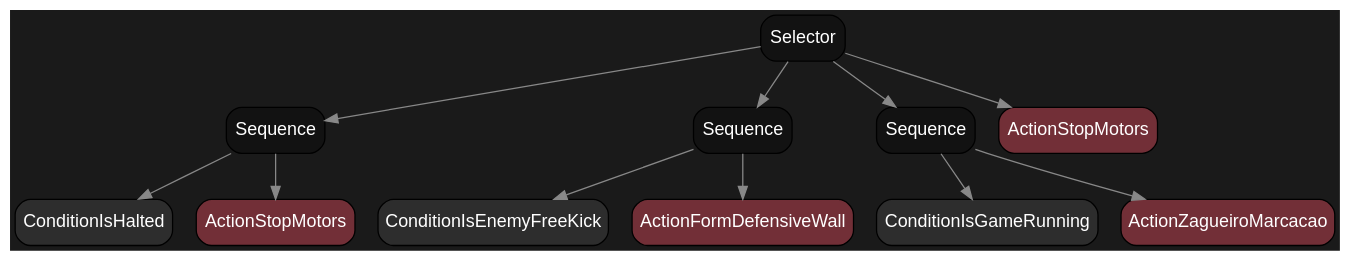
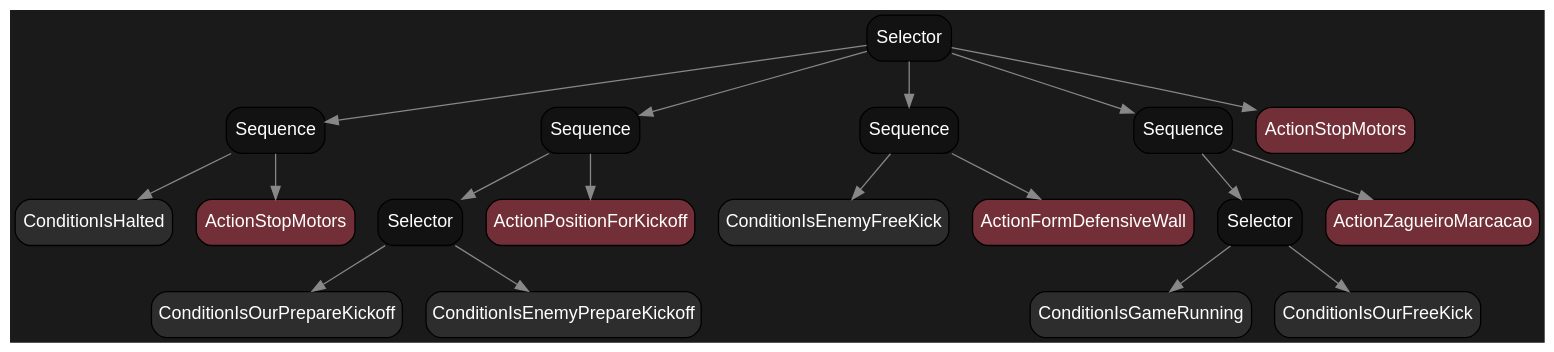
One commit to Danielgmichels/labind-ssl-ai changed the diagram in diagramas/mapa_arvore_zaga_marcacao.dot. Above: the diagram before and after it, drawn with Graphviz. The commit also changed 13 other files, not shown here.

```diff
--- a/diagramas/mapa_arvore_zaga_marcacao.dot
+++ b/diagramas/mapa_arvore_zaga_marcacao.dot
@@ -1,25 +1,39 @@
 digraph BehaviorTree {
     bgcolor="#1a1a1a";
     node [shape=box, style="filled,rounded", fontname="Arial", color="#000000", penwidth=1];
-    "140264501953776" [label="Selector", fillcolor="#121212", fontcolor="white"];
-    "140264501953776" -> "140264501953200" [color="#888888"];
-    "140264501953200" [label="Sequence", fillcolor="#121212", fontcolor="white"];
-    "140264501953200" -> "140264501953104" [color="#888888"];
-    "140264501953104" [label="ConditionIsHalted", fillcolor="#2d2d2d", fontcolor="white"];
-    "140264501953200" -> "140264501953152" [color="#888888"];
-    "140264501953152" [label="ActionStopMotors", fillcolor="#722F37", fontcolor="white"];
-    "140264501953776" -> "140264501953440" [color="#888888"];
-    "140264501953440" [label="Sequence", fillcolor="#121212", fontcolor="white"];
-    "140264501953440" -> "140264501953296" [color="#888888"];
-    "140264501953296" [label="ConditionIsEnemyFreeKick", fillcolor="#2d2d2d", fontcolor="white"];
-    "140264501953440" -> "140264501953344" [color="#888888"];
-    "140264501953344" [label="ActionFormDefensiveWall", fillcolor="#722F37", fontcolor="white"];
-    "140264501953776" -> "140264501953632" [color="#888888"];
-    "140264501953632" [label="Sequence", fillcolor="#121212", fontcolor="white"];
-    "140264501953632" -> "140264501953536" [color="#888888"];
-    "140264501953536" [label="ConditionIsGameRunning", fillcolor="#2d2d2d", fontcolor="white"];
-    "140264501953632" -> "140264501953584" [color="#888888"];
-    "140264501953584" [label="ActionZagueiroMarcacao", fillcolor="#722F37", fontcolor="white"];
-    "140264501953776" -> "140264501953728" [color="#888888"];
-    "140264501953728" [label="ActionStopMotors", fillcolor="#722F37", fontcolor="white"];
+    "140711293953712" [label="Selector", fillcolor="#121212", fontcolor="white"];
+    "140711293953712" -> "140711293952944" [color="#888888"];
+    "140711293952944" [label="Sequence", fillcolor="#121212", fontcolor="white"];
+    "140711293952944" -> "140711293952848" [color="#888888"];
+    "140711293952848" [label="ConditionIsHalted", fillcolor="#2d2d2d", fontcolor="white"];
+    "140711293952944" -> "140711293952896" [color="#888888"];
+    "140711293952896" [label="ActionStopMotors", fillcolor="#722F37", fontcolor="white"];
+    "140711293953712" -> "140711293953136" [color="#888888"];
+    "140711293953136" [label="Sequence", fillcolor="#121212", fontcolor="white"];
+    "140711293953136" -> "140711303991776" [color="#888888"];
+    "140711303991776" [label="Selector", fillcolor="#121212", fontcolor="white"];
+    "140711303991776" -> "140711303991824" [color="#888888"];
+    "140711303991824" [label="ConditionIsOurPrepareKickoff", fillcolor="#2d2d2d", fontcolor="white"];
+    "140711303991776" -> "140711303991872" [color="#888888"];
+    "140711303991872" [label="ConditionIsEnemyPrepareKickoff", fillcolor="#2d2d2d", fontcolor="white"];
+    "140711293953136" -> "140711293953040" [color="#888888"];
+    "140711293953040" [label="ActionPositionForKickoff", fillcolor="#722F37", fontcolor="white"];
+    "140711293953712" -> "140711293953376" [color="#888888"];
+    "140711293953376" [label="Sequence", fillcolor="#121212", fontcolor="white"];
+    "140711293953376" -> "140711293953232" [color="#888888"];
+    "140711293953232" [label="ConditionIsEnemyFreeKick", fillcolor="#2d2d2d", fontcolor="white"];
+    "140711293953376" -> "140711293953280" [color="#888888"];
+    "140711293953280" [label="ActionFormDefensiveWall", fillcolor="#722F37", fontcolor="white"];
+    "140711293953712" -> "140711293953520" [color="#888888"];
+    "140711293953520" [label="Sequence", fillcolor="#121212", fontcolor="white"];
+    "140711293953520" -> "140711293952752" [color="#888888"];
+    "140711293952752" [label="Selector", fillcolor="#121212", fontcolor="white"];
+    "140711293952752" -> "140711293952656" [color="#888888"];
+    "140711293952656" [label="ConditionIsGameRunning", fillcolor="#2d2d2d", fontcolor="white"];
+    "140711293952752" -> "140711293952704" [color="#888888"];
+    "140711293952704" [label="ConditionIsOurFreeKick", fillcolor="#2d2d2d", fontcolor="white"];
+    "140711293953520" -> "140711293953472" [color="#888888"];
+    "140711293953472" [label="ActionZagueiroMarcacao", fillcolor="#722F37", fontcolor="white"];
+    "140711293953712" -> "140711293953616" [color="#888888"];
+    "140711293953616" [label="ActionStopMotors", fillcolor="#722F37", fontcolor="white"];
 }
```
